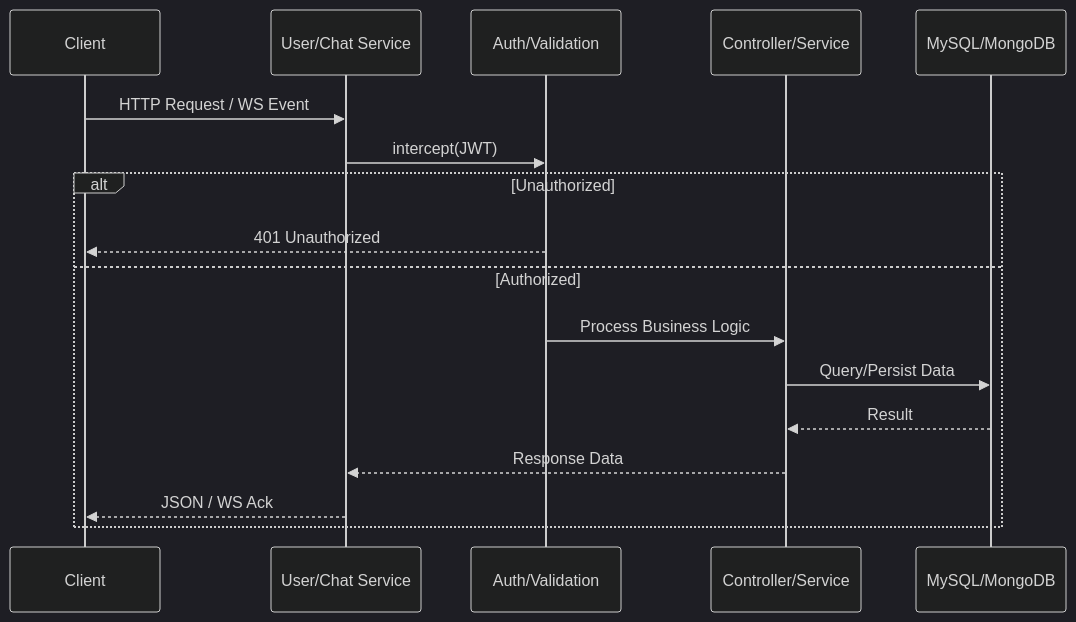
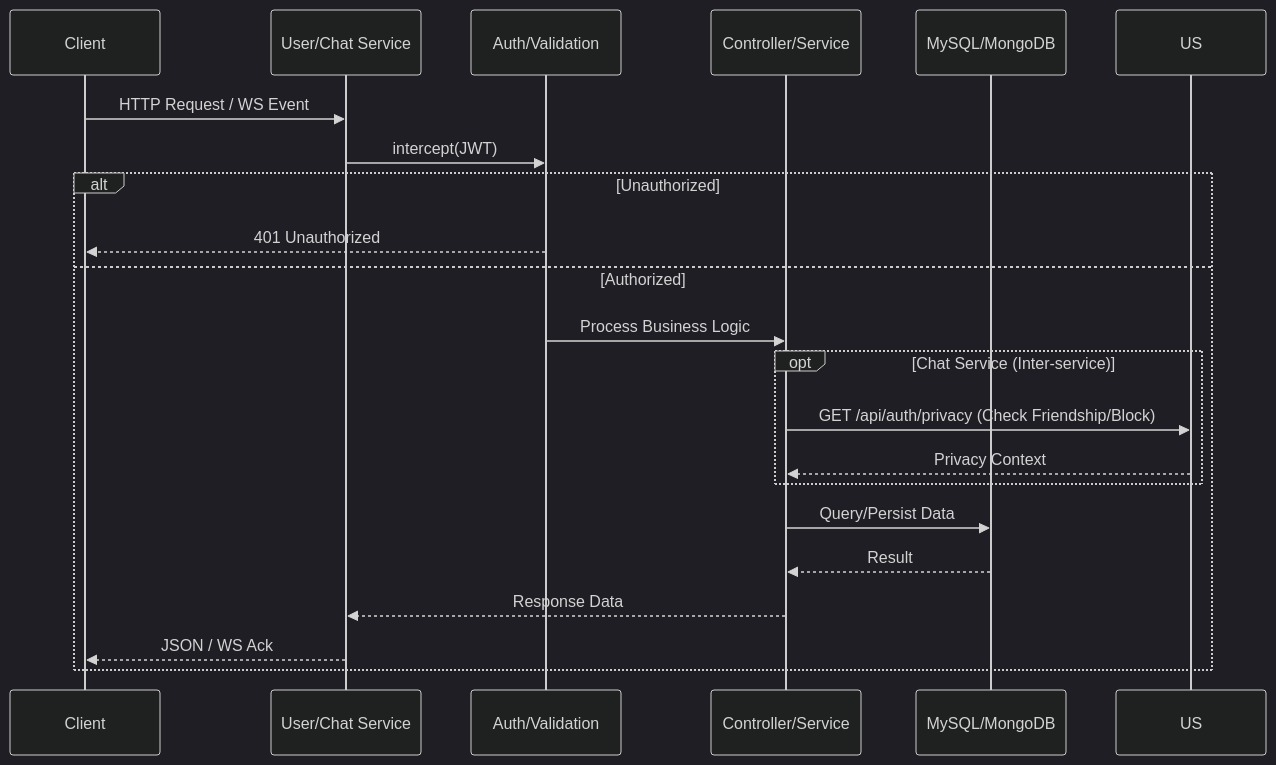
Before and after one commit to Narendrakaduru/pingora: the second of 5 diagrams in ARCHITECTURE.md, drawn with Mermaid (dark theme). The commit also changed other lines of this file and 1 other file, not shown here.

Commit message:
Comprehensive documentation and architecture diagrams update

````diff
--- a/ARCHITECTURE.md
+++ b/ARCHITECTURE.md
@@ -39,20 +39,26 @@
 ```mermaid
 sequenceDiagram
     participant Client
     participant API as User/Chat Service
     participant Middleware as Auth/Validation
     participant Logic as Controller/Service
     participant DB as MySQL/MongoDB
 
     Client->>API: HTTP Request / WS Event
     API->>Middleware: intercept(JWT)
     alt Unauthorized
         Middleware-->>Client: 401 Unauthorized
     else Authorized
         Middleware->>Logic: Process Business Logic
+        
+        opt Chat Service (Inter-service)
+            Logic->>US: GET /api/auth/privacy (Check Friendship/Block)
+            US-->>Logic: Privacy Context
+        end
+
         Logic->>DB: Query/Persist Data
         DB-->>Logic: Result
         Logic-->>API: Response Data
         API-->>Client: JSON / WS Ack
     end
 ```
````
